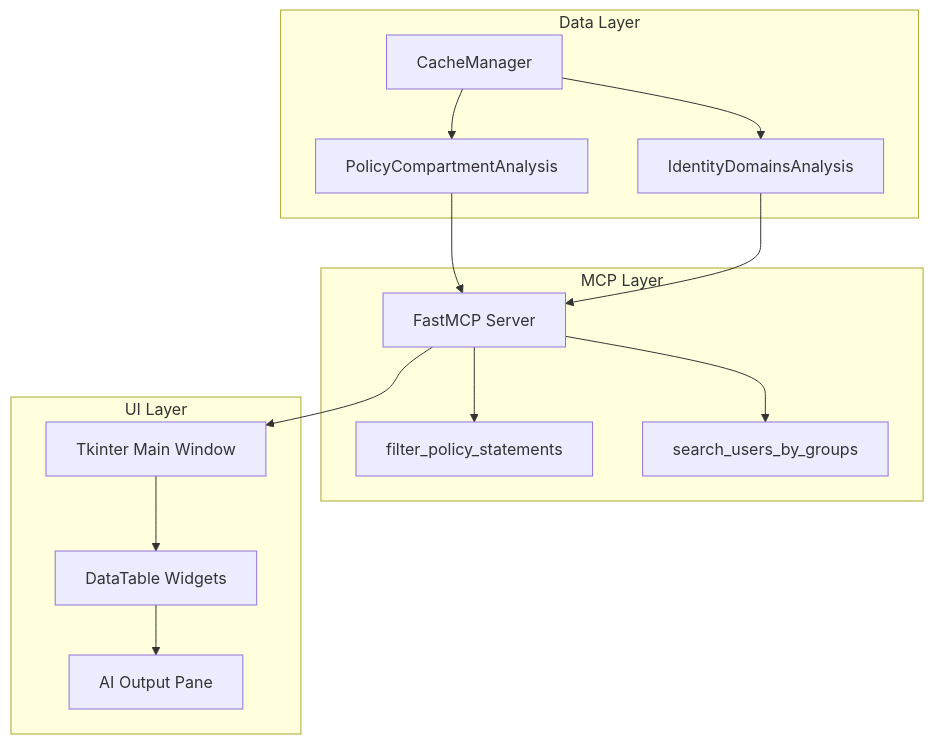
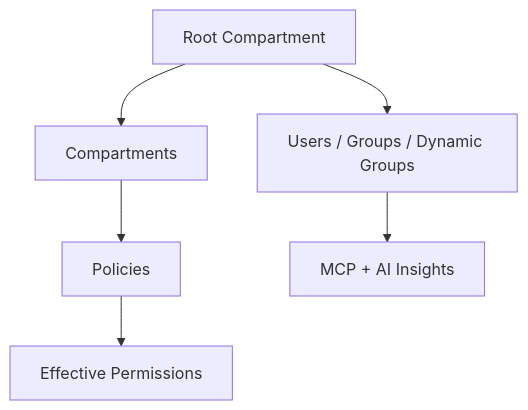
Before and after one commit to agregory999/oci-policy-analysis: the diagram in docs/source/architecture.md, drawn with Mermaid. The commit also changed other lines of this file and 5 other files, not shown here.

````diff
--- a/docs/source/architecture.md
+++ b/docs/source/architecture.md
@@ -3,18 +17,8 @@
 ```mermaid
-graph TD
-    subgraph Data Layer
-        A[CacheManager] --> B[PolicyCompartmentAnalysis]
-        A --> C[IdentityDomainsAnalysis]
-    end
-    subgraph MCP Layer
-        D[FastMCP Server] --> E[filter_policy_statements]
-        D --> F[search_users_by_groups]
-    end
-    subgraph UI Layer
-        G[Tkinter Main Window] --> H[DataTable Widgets]
-        H --> I[AI Output Pane]
-    end
-    B --> D
-    C --> D
-    D --> G
+flowchart TD
+    A[Root Compartment] --> B[Compartments]
+    B --> C[Policies]
+    C --> D[Effective Permissions]
+    A --> E[Users / Groups / Dynamic Groups]
+    E --> F[MCP + AI Insights]
 ```
````
